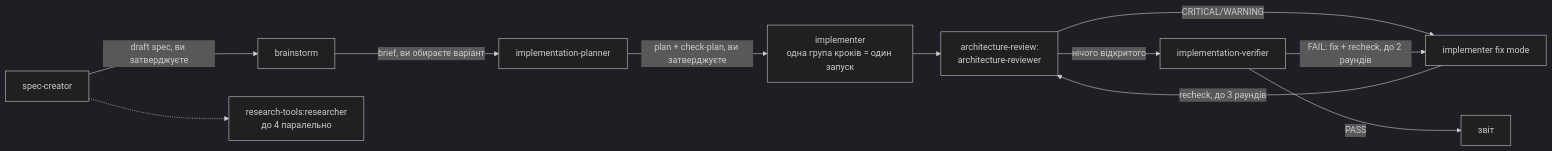
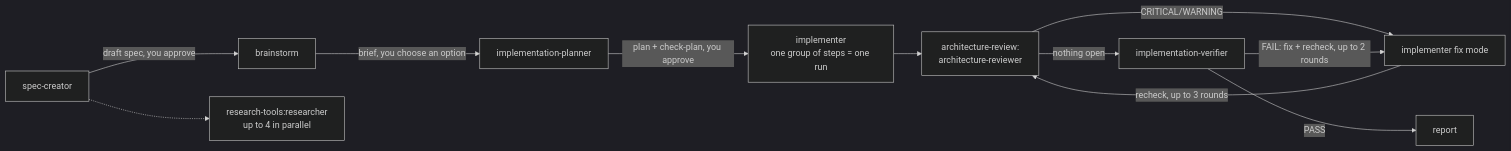
Before and after one commit to artemmmon/test-ai-marketplace: the second of 2 diagrams in docs/specs/sdd-plugins.md, drawn with Mermaid (dark theme). The commit also changed other lines of this file, not shown here.

Commit message:
docs(specs): translate the SDD plugins spec to English

````diff
--- a/docs/specs/sdd-plugins.md
+++ b/docs/specs/sdd-plugins.md
@@ -196,13 +196,13 @@
 ```mermaid
 flowchart LR
-  SC[spec-creator] -->|draft spec, ви затверджуєте| B[brainstorm]
-  B -->|brief, ви обираєте варіант| P[implementation-planner]
-  P -->|plan + check-plan, ви затверджуєте| I[implementer<br/>одна група кроків = один запуск]
+  SC[spec-creator] -->|draft spec, you approve| B[brainstorm]
+  B -->|brief, you choose an option| P[implementation-planner]
+  P -->|plan + check-plan, you approve| I[implementer<br/>one group of steps = one run]
   I --> AR[architecture-review:<br/>architecture-reviewer]
   AR -->|CRITICAL/WARNING| F[implementer fix mode]
-  F -->|recheck, до 3 раундів| AR
-  AR -->|нічого відкритого| PV[implementation-verifier]
-  PV -->|FAIL: fix + recheck, до 2 раундів| F
-  PV -->|PASS| DONE[звіт]
-  SC -.-> R[research-tools:researcher<br/>до 4 паралельно]
+  F -->|recheck, up to 3 rounds| AR
+  AR -->|nothing open| PV[implementation-verifier]
+  PV -->|FAIL: fix + recheck, up to 2 rounds| F
+  PV -->|PASS| DONE[report]
+  SC -.-> R[research-tools:researcher<br/>up to 4 in parallel]
 ```
````
